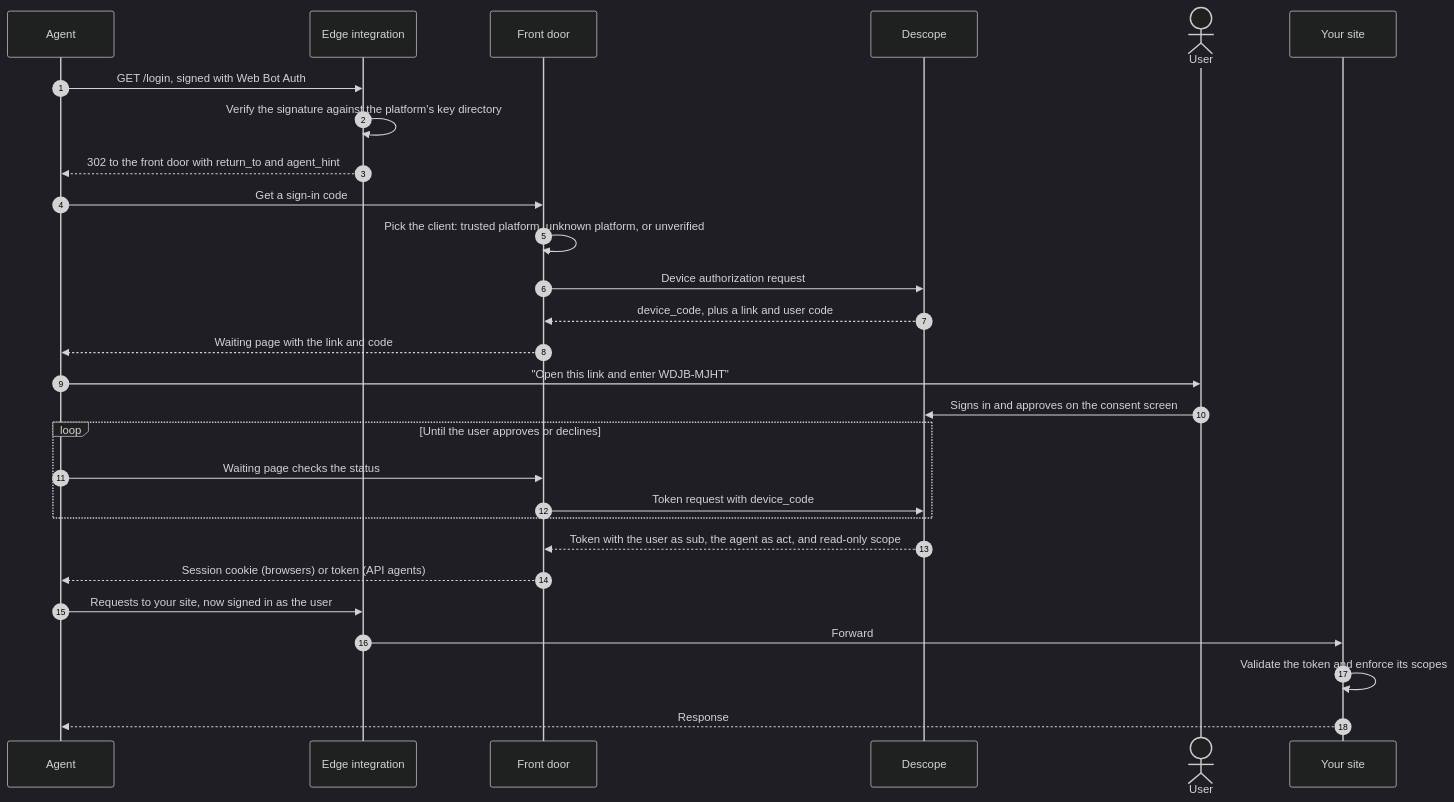
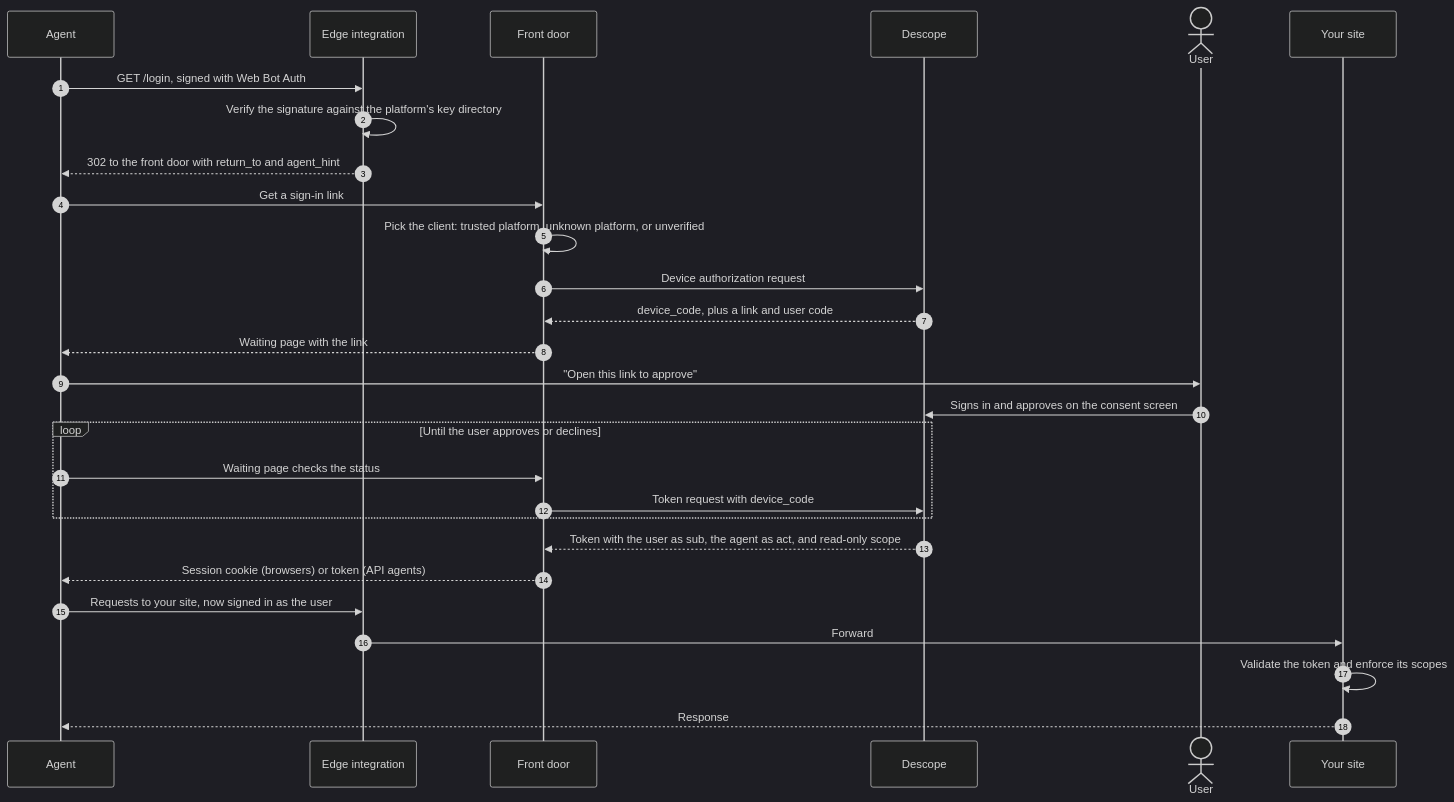
One commit to descope/agent-edge changed the third of 3 diagrams in README.md. Above: the diagram before and after it, drawn with Mermaid (dark theme). The commit also changed other lines of this file and 6 other files, not shown here.

First line of the commit message:
Send the sign-in link with the code in it, and trim README detail

````diff
--- a/README.md
+++ b/README.md
@@ -90,30 +90,30 @@
 ```mermaid
 sequenceDiagram
   autonumber
   participant A as Agent
   participant E as Edge integration
   participant F as Front door
   participant D as Descope
   actor U as User
   participant S as Your site
   A->>E: GET /login, signed with Web Bot Auth
   E->>E: Verify the signature against the platform's key directory
   E-->>A: 302 to the front door with return_to and agent_hint
-  A->>F: Get a sign-in code
+  A->>F: Get a sign-in link
   F->>F: Pick the client: trusted platform, unknown platform, or unverified
   F->>D: Device authorization request
   D-->>F: device_code, plus a link and user code
-  F-->>A: Waiting page with the link and code
-  A->>U: "Open this link and enter WDJB-MJHT"
+  F-->>A: Waiting page with the link
+  A->>U: "Open this link to approve"
   U->>D: Signs in and approves on the consent screen
   loop Until the user approves or declines
     A->>F: Waiting page checks the status
     F->>D: Token request with device_code
   end
   D-->>F: Token with the user as sub, the agent as act, and read-only scope
   F-->>A: Session cookie (browsers) or token (API agents)
   A->>E: Requests to your site, now signed in as the user
   E->>S: Forward
   S->>S: Validate the token and enforce its scopes
   S-->>A: Response
 ```
````
